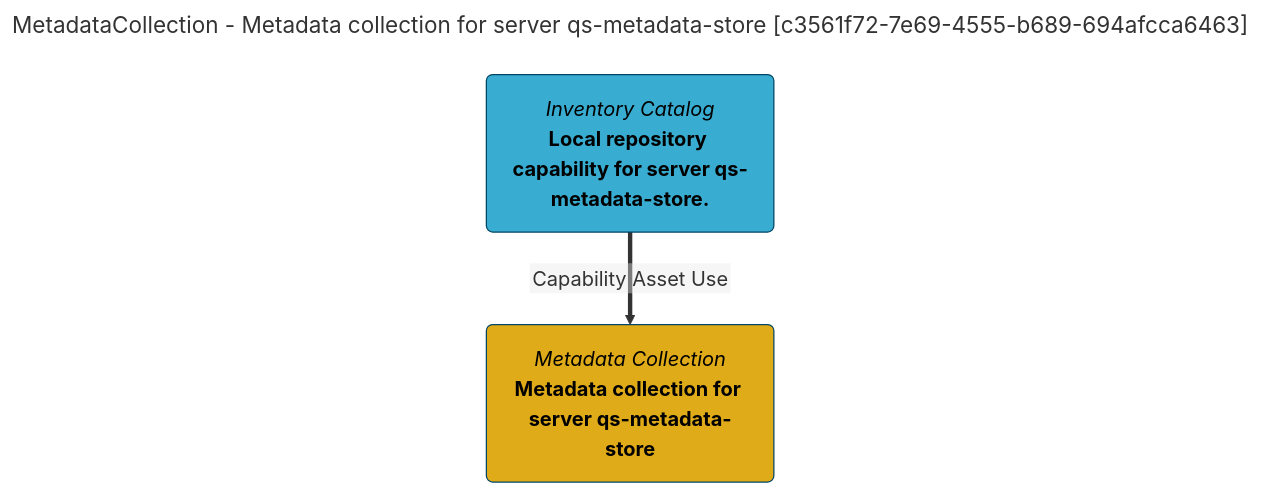
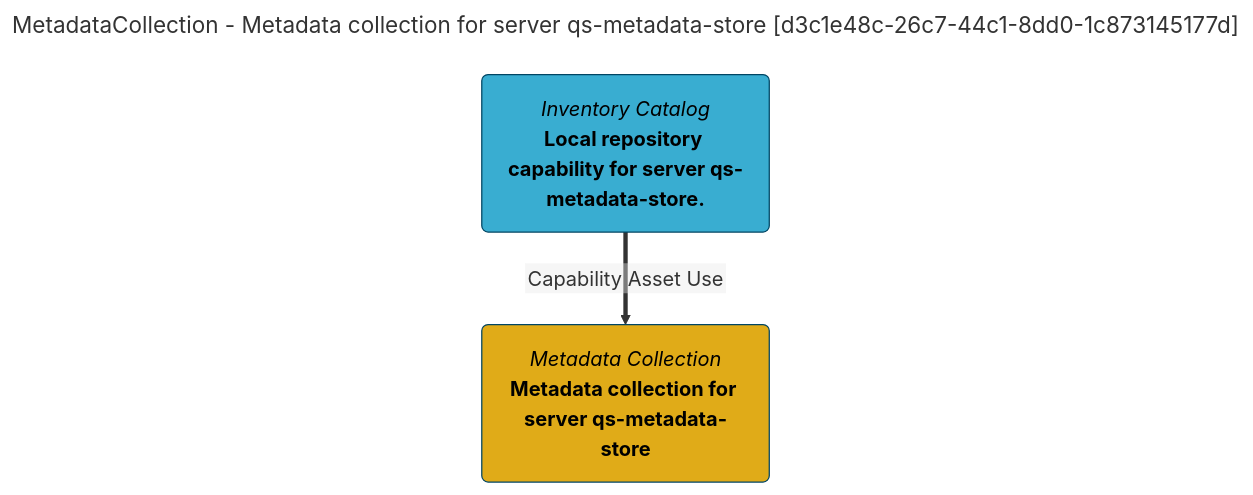
The diagram in site/snippets/data-assets/metadata-collection-for-server-qs-metadata-store-mermaid-graph.md (odpi/egeria-docs), drawn with Mermaid before and after one commit. The commit also changed 2201 other files, not shown here.

````diff
--- a/site/snippets/data-assets/metadata-collection-for-server-qs-metadata-store-mermaid-graph.md
+++ b/site/snippets/data-assets/metadata-collection-for-server-qs-metadata-store-mermaid-graph.md
@@ -1,15 +1,15 @@
 ```mermaid
 ---
-title: MetadataCollection - Metadata collection for server qs-metadata-store [c3561f72-7e69-4555-b689-694afcca6463]
+title: MetadataCollection - Metadata collection for server qs-metadata-store [d3c1e48c-26c7-44c1-8dd0-1c873145177d]
 ---
 flowchart TD
 %%{init: {"flowchart": {"htmlLabels": false}} }%%
 
 1@{ shape: rounded, label: "*Metadata Collection*
 **Metadata collection for server qs-metadata-store**"}
 2@{ shape: rounded, label: "*Inventory Catalog*
 **Local repository capability for server qs-metadata-store.**"}
 2==>|"Capability Asset Use"|1
 style 1 color:#000000, fill:#e0ab18, stroke:#004563
 style 2 color:#000000, fill:#39add1, stroke:#004563
 ```
````
